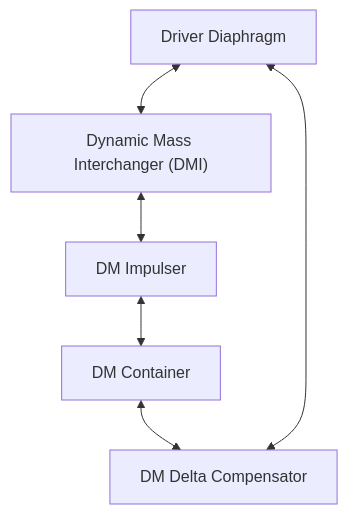
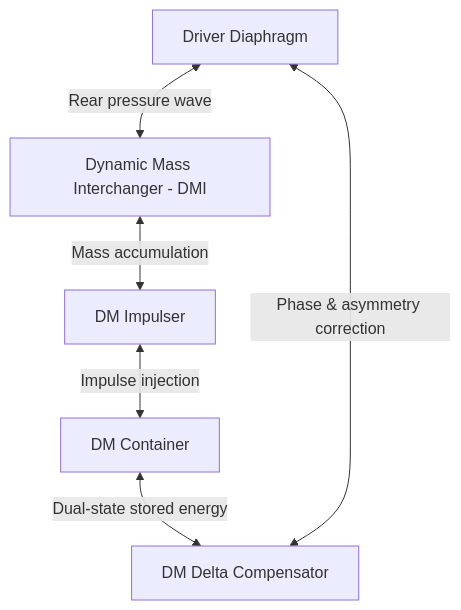
Before and after one commit to DeltaSignum/Dynamic-Zero: the first of 2 diagrams in docs/theory.md, drawn with Mermaid. The commit also changed other lines of this file, not shown here.

````diff
--- a/docs/theory.md
+++ b/docs/theory.md
@@ -94,14 +111,8 @@
 ```mermaid
-flowchart TD
-    A["Driver Diaphragm"]
-    B["Dynamic Mass Interchanger (DMI)"]
-    C["DM Impulser"]
-    D["DM Container"]
-    E["DM Delta Compensator"]
-
-    A <--> B
-    B <--> C
-    C <--> D
-    D <--> E
-    E <--> A
+graph TD
+    A[Driver Diaphragm] <-->|Rear pressure wave| B[Dynamic Mass Interchanger - DMI]
+    B <-->|Mass accumulation| C[DM Impulser]
+    C <-->|Impulse injection| D[DM Container]
+    D <-->|Dual-state stored energy| E[DM Delta Compensator]
+    E <-->|Phase & asymmetry correction| A
 ```
````
